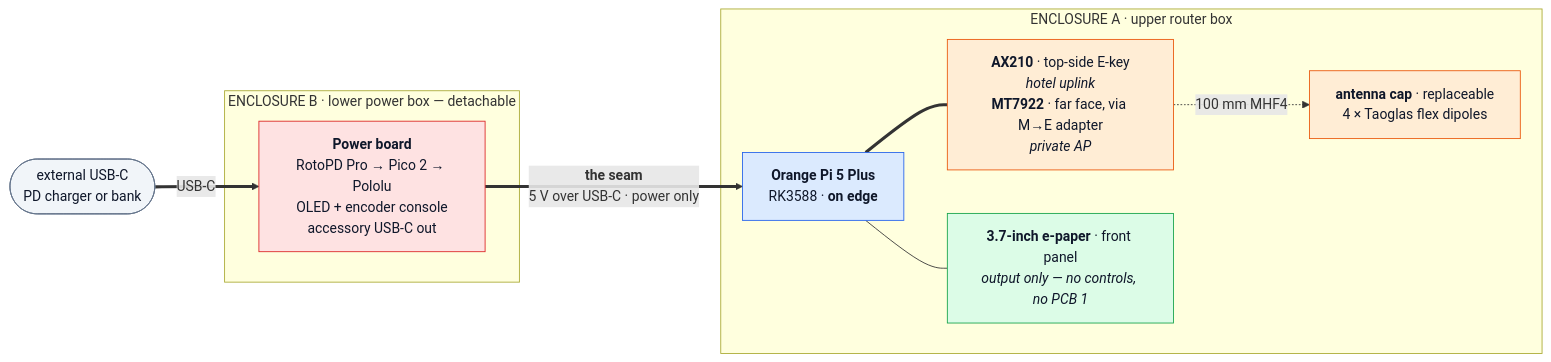
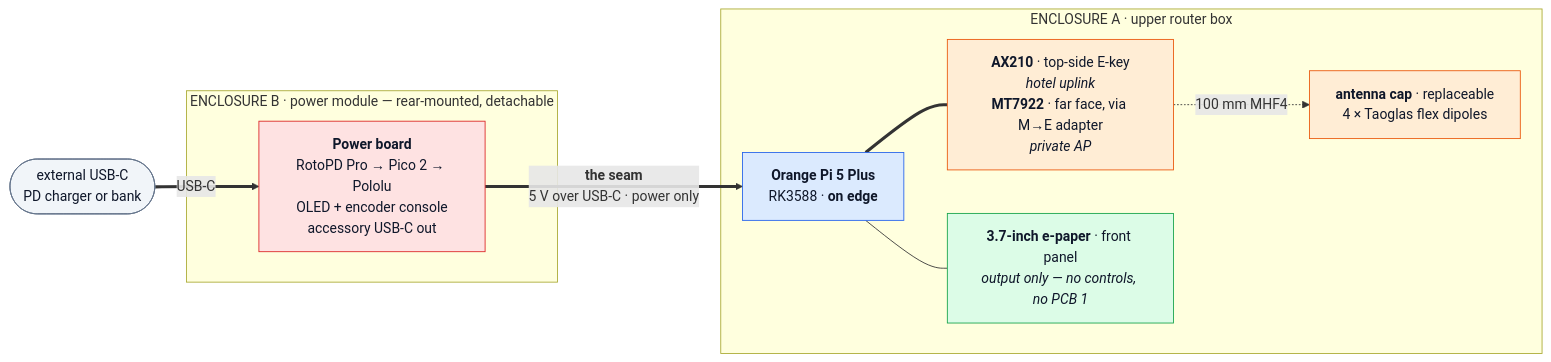
Before and after one commit to ParkWardRR/vezha: the diagram in README.md, drawn with Mermaid. The commit also changed other lines of this file and 5 other files, not shown here.

````diff
--- a/README.md
+++ b/README.md
@@ -88,28 +88,28 @@
 ```mermaid
 flowchart LR
     CHG([external USB-C<br/>PD charger or bank]):::ext
 
-    subgraph B["ENCLOSURE B · lower power box — detachable"]
+    subgraph B["ENCLOSURE B · power module — rear-mounted, detachable"]
         PCB2["<b>Power board</b><br/>RotoPD Pro → Pico 2 → Pololu<br/>OLED + encoder console<br/>accessory USB-C out"]:::pwr
     end
 
     subgraph A["ENCLOSURE A · upper router box"]
         CAP["<b>antenna cap</b> · replaceable<br/>4 × Taoglas flex dipoles"]:::rf
         PI["<b>Orange Pi 5 Plus</b><br/>RK3588 · <b>on edge</b>"]:::core
         RAD["<b>AX210</b> · top-side E-key<br/><i>hotel uplink</i><br/><b>MT7922</b> · far face, via M→E adapter<br/><i>private AP</i>"]:::rf
         EPD["<b>3.7-inch e-paper</b> · front panel<br/><i>output only — no controls, no PCB 1</i>"]:::ctl
         PI === RAD
         RAD -.->|"100 mm MHF4"| CAP
         PI --- EPD
     end
 
     CHG ==>|USB-C| PCB2
     PCB2 ==>|"<b>the seam</b><br/>5 V over USB-C · power only"| PI
 
     classDef ext  fill:#f1f5f9,stroke:#64748b,color:#0f172a
     classDef pwr  fill:#fee2e2,stroke:#dc2626,color:#0f172a
     classDef ctl  fill:#dcfce7,stroke:#16a34a,color:#0f172a
     classDef core fill:#dbeafe,stroke:#2563eb,color:#0f172a
     classDef rf   fill:#ffedd5,stroke:#ea580c,color:#0f172a
     classDef ghost fill:#f8fafc,stroke:#cbd5e1,color:#64748b
 ```
````
